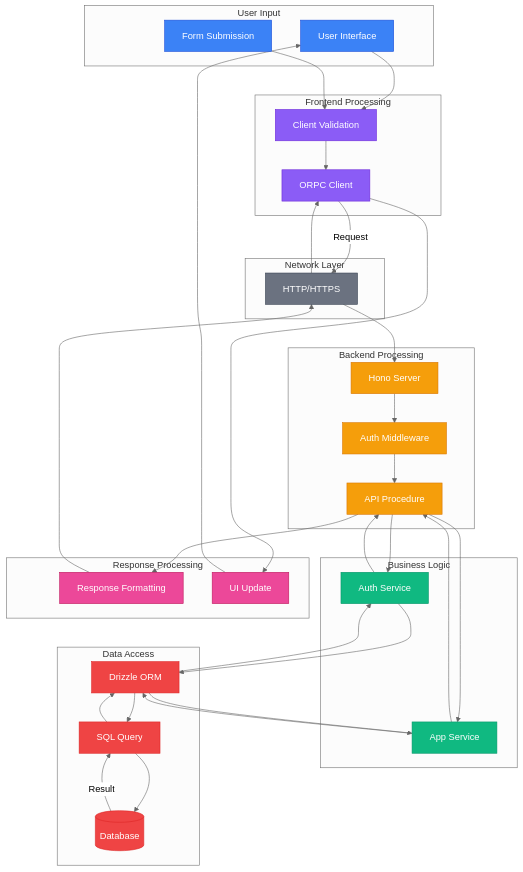
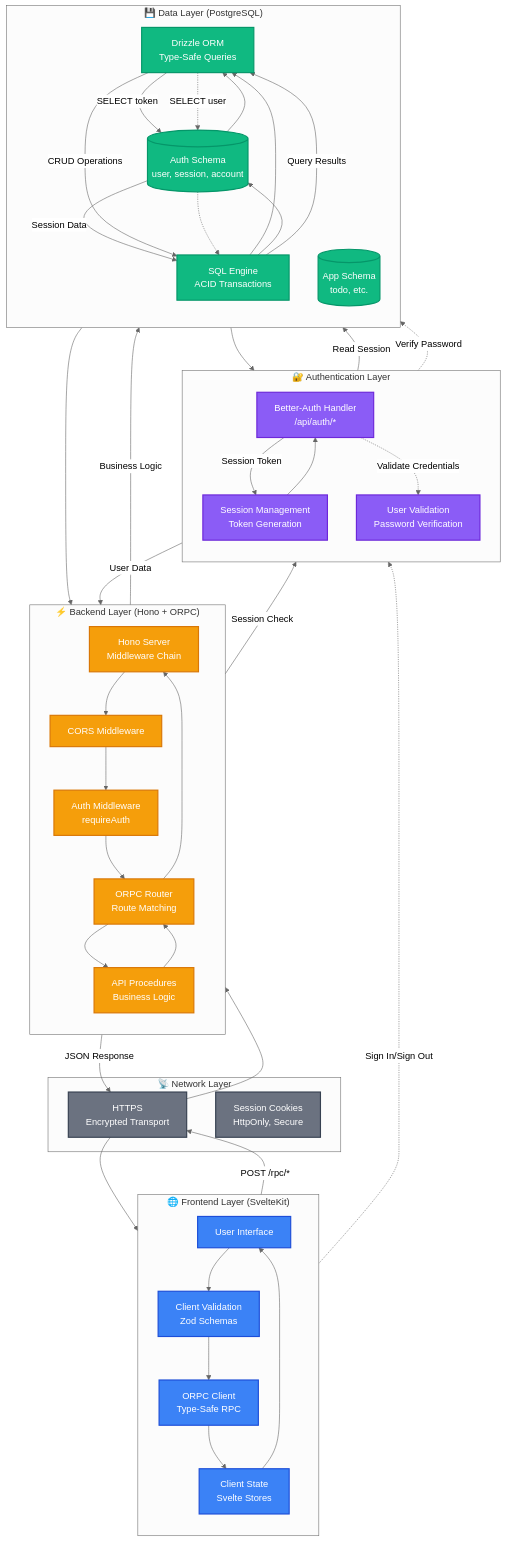
Before and after one commit to sambunghub/sambung-chat: diagram 22 of 24 in architecture.md, drawn with Mermaid (neutral theme). The commit also changed other lines of this file, not shown here.

Commit message:
auto-claude: create-data-flow-overview - High-level DFD showing how data moves between frontend, API, authentication, and database layers

````diff
--- a/architecture.md
+++ b/architecture.md
@@ -3168,79 +3177,92 @@
 ```mermaid
 flowchart TB
-    subgraph Input["User Input"]
+    subgraph Frontend ["🌐 Frontend Layer (SvelteKit)"]
+        direction TB
         UI[User Interface]
-        Form[Form Submission]
+        State[Client State<br/>Svelte Stores]
+        Validation[Client Validation<br/>Zod Schemas]
+        ORPCClient[ORPC Client<br/>Type-Safe RPC]
     end
 
-    subgraph Frontend["Frontend Processing"]
-        Validation[Client Validation]
-        ORPCClient[ORPC Client]
+    subgraph Network ["📡 Network Layer"]
+        HTTPS[HTTPS<br/>Encrypted Transport]
+        Cookies[Session Cookies<br/>HttpOnly, Secure]
     end
 
-    subgraph Transport["Network Layer"]
-        HTTP[HTTP/HTTPS]
+    subgraph Backend ["⚡ Backend Layer (Hono + ORPC)"]
+        direction TB
+        HonoServer[Hono Server<br/>Middleware Chain]
+        CORS[CORS Middleware]
+        AuthMiddleware[Auth Middleware<br/>requireAuth]
+        ORPCRouter[ORPC Router<br/>Route Matching]
+        Procedures[API Procedures<br/>Business Logic]
     end
 
-    subgraph Backend["Backend Processing"]
-        HonoServer[Hono Server]
-        AuthMW[Auth Middleware]
-        Procedure[API Procedure]
+    subgraph Auth ["🔐 Authentication Layer"]
+        direction TB
+        BetterAuth[Better-Auth Handler<br/>/api/auth/*]
+        SessionMgmt[Session Management<br/>Token Generation]
+        UserValidation[User Validation<br/>Password Verification]
     end
 
-    subgraph Business["Business Logic"]
-        AuthService[Auth Service]
-        AppService[App Service]
+    subgraph Database ["💾 Data Layer (PostgreSQL)"]
+        direction TB
+        Drizzle[Drizzle ORM<br/>Type-Safe Queries]
+        AuthSchema[(Auth Schema<br/>user, session, account)]
+        AppSchema[(App Schema<br/>todo, etc.)]
+        SQL[SQL Engine<br/>ACID Transactions]
     end
 
-    subgraph Data["Data Access"]
-        DrizzleORM[Drizzle ORM]
-        SQL[SQL Query]
-        PostgreSQL[(Database)]
-    end
+    %% Request Flow (Left to Right)
+    UI --> Validation
+    Validation --> ORPCClient
+    ORPCClient -->|POST /rpc/*| HTTPS
+    HTTPS --> HonoServer
+    HonoServer --> CORS
+    CORS --> AuthMiddleware
+    AuthMiddleware -->|Session Check| BetterAuth
+    BetterAuth -->|Session Token| SessionMgmt
+    SessionMgmt -->|Read Session| Drizzle
+    Drizzle -->|SELECT token| AuthSchema
+    AuthSchema -->|Session Data| SQL
+    SQL --> Drizzle
 
-    subgraph Output["Response Processing"]
-        Response[Response Formatting]
-        UIUpdate[UI Update]
-    end
+    %% Response Flow (Right to Left) - Return paths
+    SQL --> AuthSchema
+    AuthSchema --> Drizzle
+    Drizzle --> SessionMgmt
+    SessionMgmt --> BetterAuth
+    BetterAuth -->|User Data| AuthMiddleware
+    AuthMiddleware --> ORPCRouter
+    ORPCRouter --> Procedures
+    Procedures -->|Business Logic| Drizzle
+    Drizzle -->|CRUD Operations| SQL
+    SQL -->|Query Results| Drizzle
+    Drizzle --> Procedures
+    Procedures --> ORPCRouter
+    ORPCRouter --> HonoServer
+    HonoServer -->|JSON Response| HTTPS
+    HTTPS --> ORPCClient
+    ORPCClient --> State
+    State --> UI
 
-    UI --> Validation
-    Form --> Validation
-    Validation --> ORPCClient
-    ORPCClient -->|Request| HTTP
-    HTTP --> HonoServer
-    HonoServer --> AuthMW
-    AuthMW --> Procedure
-    Procedure --> AuthService
-    Procedure --> AppService
-    AuthService --> DrizzleORM
-    AppService --> DrizzleORM
-    DrizzleORM --> SQL
-    SQL --> PostgreSQL
-    PostgreSQL -->|Result| SQL
-    SQL --> DrizzleORM
-    DrizzleORM --> AuthService
-    DrizzleORM --> AppService
-    AuthService --> Procedure
-    AppService --> Procedure
-    Procedure --> Response
-    Response --> HTTP
-    HTTP --> ORPCClient
-    ORPCClient --> UIUpdate
-    UIUpdate --> UI
+    %% Direct Auth Flow (Login/Logout)
+    UI -.->|Sign In/Sign Out| BetterAuth
+    BetterAuth -.->|Validate Credentials| UserValidation
+    UserValidation -.->|Verify Password| Drizzle
+    Drizzle -.->|SELECT user| AuthSchema
+    AuthSchema -.-> SQL
 
-    classDef input fill:#3b82f6,stroke:#1d4ed8,color:#fff
-    classDef frontend fill:#8b5cf6,stroke:#6d28d9,color:#fff
-    classDef transport fill:#6b7280,stroke:#374151,color:#fff
-    classDef backend fill:#f59e0b,stroke:#d97706,color:#fff
-    classDef business fill:#10b981,stroke:#059669,color:#fff
-    classDef data fill:#ef4444,stroke:#dc2626,color:#fff
-    classDef output fill:#ec4899,stroke:#be185d,color:#fff
+    %% Styling
+    classDef frontendStyle fill:#3b82f6,stroke:#1d4ed8,color:#fff,stroke-width:2px
+    classDef networkStyle fill:#6b7280,stroke:#374151,color:#fff,stroke-width:2px
+    classDef backendStyle fill:#f59e0b,stroke:#d97706,color:#fff,stroke-width:2px
+    classDef authStyle fill:#8b5cf6,stroke:#6d28d9,color:#fff,stroke-width:2px
+    classDef databaseStyle fill:#10b981,stroke:#059669,color:#fff,stroke-width:2px
 
-    class UI,Form input
-    class Validation,ORPCClient frontend
-    class HTTP transport
-    class HonoServer,AuthMW,Procedure backend
-    class AuthService,AppService business
-    class DrizzleORM,SQL,PostgreSQL data
-    class Response,UIUpdate output
+    class UI,State,Validation,ORPCClient frontendStyle
+    class HTTPS,Cookies networkStyle
+    class HonoServer,CORS,AuthMiddleware,ORPCRouter,Procedures backendStyle
+    class BetterAuth,SessionMgmt,UserValidation authStyle
+    class Drizzle,AuthSchema,AppSchema,SQL databaseStyle
 ```
````
